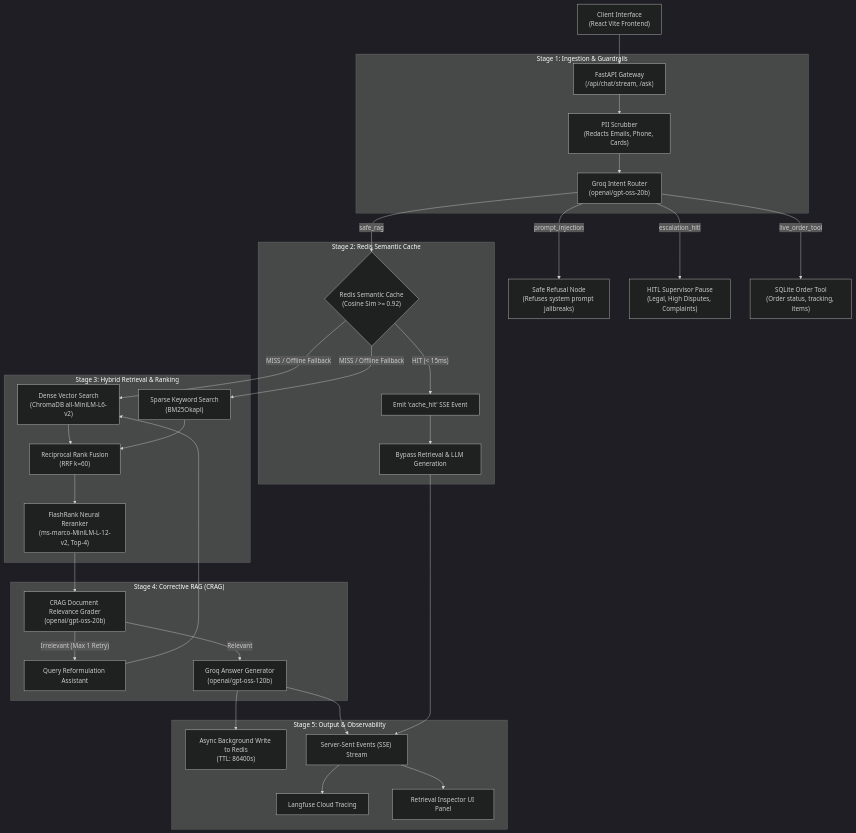
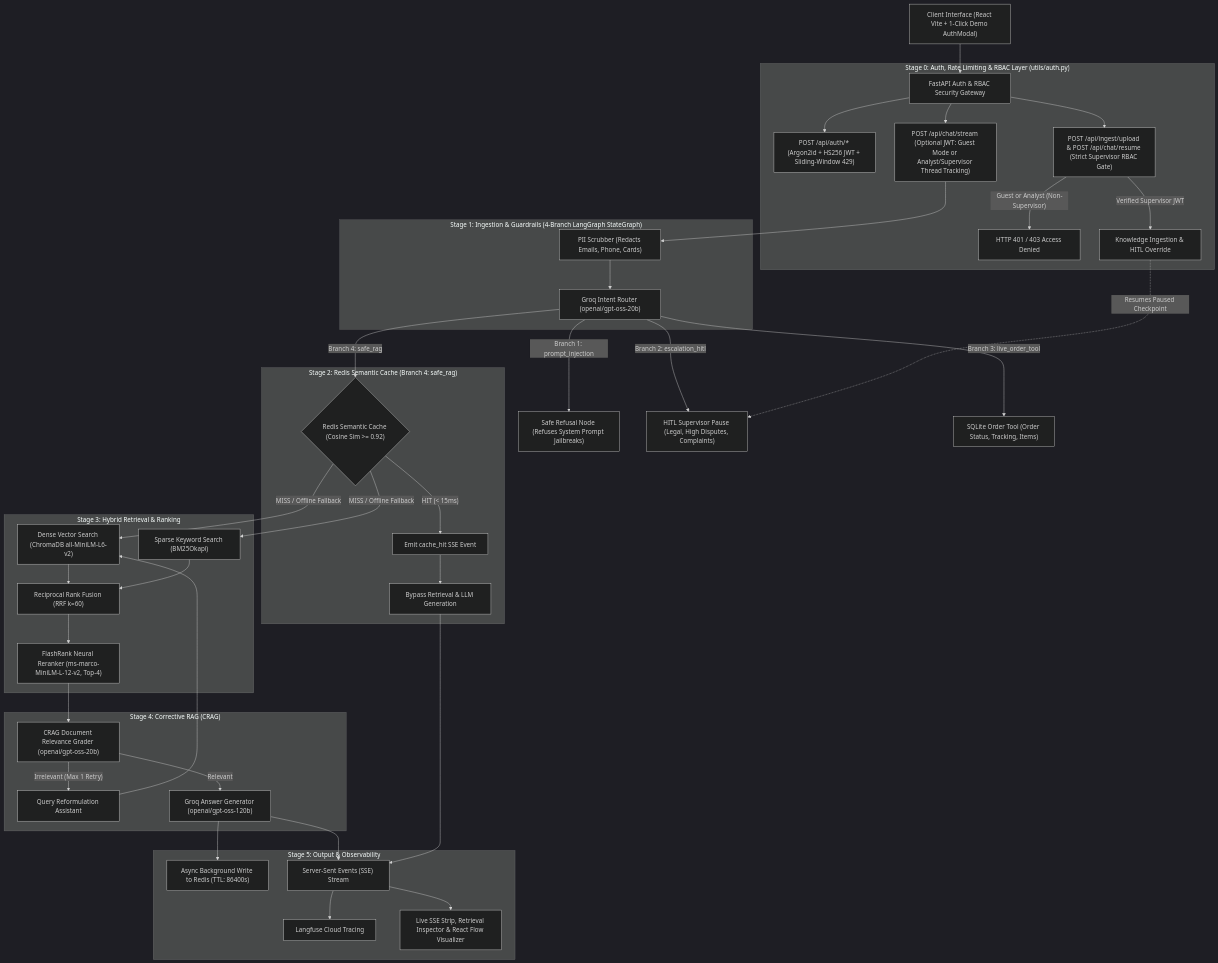
Before and after one commit to RajdeepAnandkumarSingh/RAG_PROJECT: the second of 2 diagrams in README.md, drawn with Mermaid (dark theme). The commit also changed other lines of this file, not shown here.

Commit message:
docs: update README architecture diagram, 82-test badge, React Flow UI, and RBAC security specs

````diff
--- a/README.md
+++ b/README.md
@@ -112,42 +112,53 @@
 ```mermaid
 flowchart TD
-    Client["Client Interface\n(React Vite Frontend)"] --> API["FastAPI Gateway\n(/api/chat/stream, /ask)"]
+    Client["Client Interface (React Vite + 1-Click Demo AuthModal)"] --> AuthBoundary["FastAPI Auth & RBAC Security Gateway"]
 
-    subgraph SecurityGuardrail["Stage 1: Ingestion & Guardrails"]
-        API --> PII["PII Scrubber\n(Redacts Emails, Phone, Cards)"]
-        PII --> Router["Groq Intent Router\n(openai/gpt-oss-20b)"]
+    subgraph AuthLayer["Stage 0: Auth, Rate Limiting & RBAC Layer (utils/auth.py)"]
+        AuthBoundary --> AuthEndpoints["POST /api/auth/* (Argon2id + HS256 JWT + Sliding-Window 429)"]
+        AuthBoundary --> StreamGate["POST /api/chat/stream (Optional JWT: Guest Mode or Analyst/Supervisor Thread Tracking)"]
+        AuthBoundary --> SupervisorGate["POST /api/ingest/upload & POST /api/chat/resume (Strict Supervisor RBAC Gate)"]
+        SupervisorGate -- "Guest or Analyst (Non-Supervisor)" --> Denied["HTTP 401 / 403 Access Denied"]
+        SupervisorGate -- "Verified Supervisor JWT" --> PrivilegedOps["Knowledge Ingestion & HITL Override"]
     end
 
-    Router -- "prompt_injection" --> SafeRefusal["Safe Refusal Node\n(Refuses system prompt jailbreaks)"]
-    Router -- "escalation_hitl" --> HITL["HITL Supervisor Pause\n(Legal, High Disputes, Complaints)"]
-    Router -- "live_order_tool" --> OrderDB["SQLite Order Tool\n(Order status, tracking, items)"]
+    StreamGate --> PII
 
-    subgraph SemanticCaching["Stage 2: Redis Semantic Cache"]
-        Router -- "safe_rag" --> CacheCheck{"Redis Semantic Cache\n(Cosine Sim >= 0.92)"}
-        CacheCheck -- "HIT (< 15ms)" --> SSEHit["Emit 'cache_hit' SSE Event"]
+    subgraph SecurityGuardrail["Stage 1: Ingestion & Guardrails (4-Branch LangGraph StateGraph)"]
+        PII["PII Scrubber (Redacts Emails, Phone, Cards)"]
+        PII --> Router["Groq Intent Router (openai/gpt-oss-20b)"]
+    end
+
+    Router -- "Branch 1: prompt_injection" --> SafeRefusal["Safe Refusal Node (Refuses System Prompt Jailbreaks)"]
+    Router -- "Branch 2: escalation_hitl" --> HITL["HITL Supervisor Pause (Legal, High Disputes, Complaints)"]
+    PrivilegedOps -. "Resumes Paused Checkpoint" .-> HITL
+    Router -- "Branch 3: live_order_tool" --> OrderDB["SQLite Order Tool (Order Status, Tracking, Items)"]
+
+    subgraph SemanticCaching["Stage 2: Redis Semantic Cache (Branch 4: safe_rag)"]
+        Router -- "Branch 4: safe_rag" --> CacheCheck{"Redis Semantic Cache (Cosine Sim >= 0.92)"}
+        CacheCheck -- "HIT (< 15ms)" --> SSEHit["Emit cache_hit SSE Event"]
         SSEHit --> FastPath["Bypass Retrieval & LLM Generation"]
     end
 
     subgraph HybridEngine["Stage 3: Hybrid Retrieval & Ranking"]
-        CacheCheck -- "MISS / Offline Fallback" --> Dense["Dense Vector Search\n(ChromaDB all-MiniLM-L6-v2)"]
-        CacheCheck -- "MISS / Offline Fallback" --> Sparse["Sparse Keyword Search\n(BM25Okapi)"]
-        Dense --> RRF["Reciprocal Rank Fusion\n(RRF k=60)"]
+        CacheCheck -- "MISS / Offline Fallback" --> Dense["Dense Vector Search (ChromaDB all-MiniLM-L6-v2)"]
+        CacheCheck -- "MISS / Offline Fallback" --> Sparse["Sparse Keyword Search (BM25Okapi)"]
+        Dense --> RRF["Reciprocal Rank Fusion (RRF k=60)"]
         Sparse --> RRF
-        RRF --> FlashRank["FlashRank Neural Reranker\n(ms-marco-MiniLM-L-12-v2, Top-4)"]
+        RRF --> FlashRank["FlashRank Neural Reranker (ms-marco-MiniLM-L-12-v2, Top-4)"]
     end
 
     subgraph CorrectiveRAG["Stage 4: Corrective RAG (CRAG)"]
-        FlashRank --> Grader["CRAG Document Relevance Grader\n(openai/gpt-oss-20b)"]
+        FlashRank --> Grader["CRAG Document Relevance Grader (openai/gpt-oss-20b)"]
         Grader -- "Irrelevant (Max 1 Retry)" --> Rewrite["Query Reformulation Assistant"]
         Rewrite --> Dense
-        Grader -- "Relevant" --> Generator["Groq Answer Generator\n(openai/gpt-oss-120b)"]
+        Grader -- "Relevant" --> Generator["Groq Answer Generator (openai/gpt-oss-120b)"]
     end
 
     subgraph OutputObservability["Stage 5: Output & Observability"]
-        Generator --> CacheSave["Async Background Write to Redis\n(TTL: 86400s)"]
+        Generator --> CacheSave["Async Background Write to Redis (TTL: 86400s)"]
         Generator --> StreamResponse["Server-Sent Events (SSE) Stream"]
         FastPath --> StreamResponse
         StreamResponse --> Langfuse["Langfuse Cloud Tracing"]
-        StreamResponse --> Inspector["Retrieval Inspector UI Panel"]
+        StreamResponse --> Inspector["Live SSE Strip, Retrieval Inspector & React Flow Visualizer"]
     end
 ```
````
